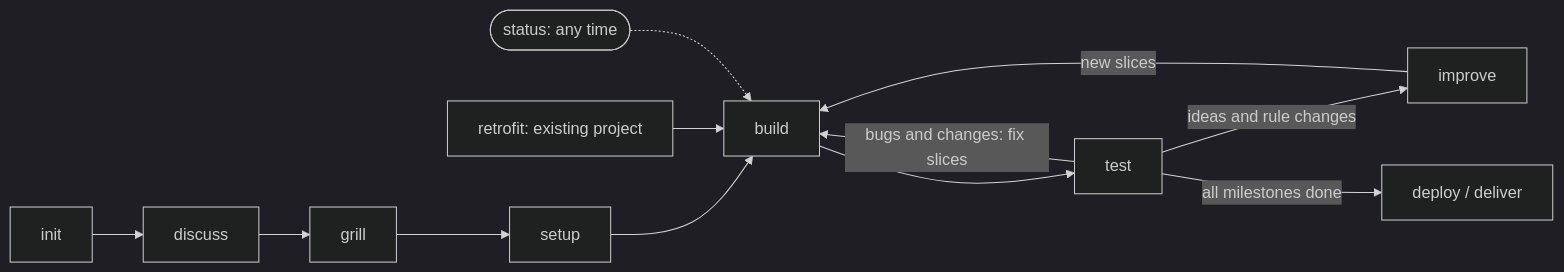
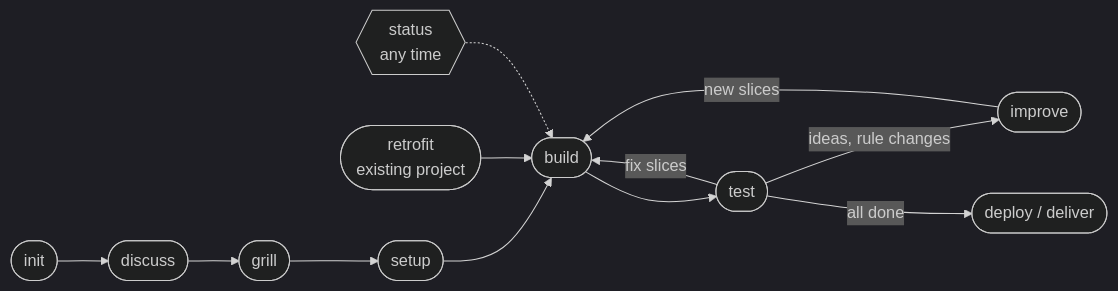
One commit to STARESO/stareso-workflow changed the diagram in README.md. Above: the diagram before and after it, drawn with Mermaid (dark theme). The commit also changed other lines of this file and 5 other files, not shown here.

Commit message:
stareso docs: manual, START-HERE, repository README and panel docs made clean and airy (diagrams, symbol legend, short sections, reference tables folded), stale passages removed

````diff
--- a/README.md
+++ b/README.md
@@ -25,11 +15,11 @@
 ```mermaid
 flowchart LR
-    init[init] --> discuss[discuss] --> grill[grill] --> setup[setup] --> build[build]
-    retrofit[retrofit: existing project] --> build
-    build --> test[test]
-    test -- "bugs and changes: fix slices" --> build
-    test -- "ideas and rule changes" --> improve[improve]
+    init([init]) --> discuss([discuss]) --> grill([grill]) --> setup([setup]) --> build([build])
+    retrofit([retrofit<br/>existing project]) --> build
+    build --> test([test])
+    test -- "fix slices" --> build
+    test -- "ideas, rule changes" --> improve([improve])
     improve -- "new slices" --> build
-    test -- "all milestones done" --> deploy[deploy / deliver]
-    status([status: any time]) -.-> build
+    test -- "all done" --> deploy([deploy / deliver])
+    status{{status<br/>any time}} -.-> build
 ```
````
